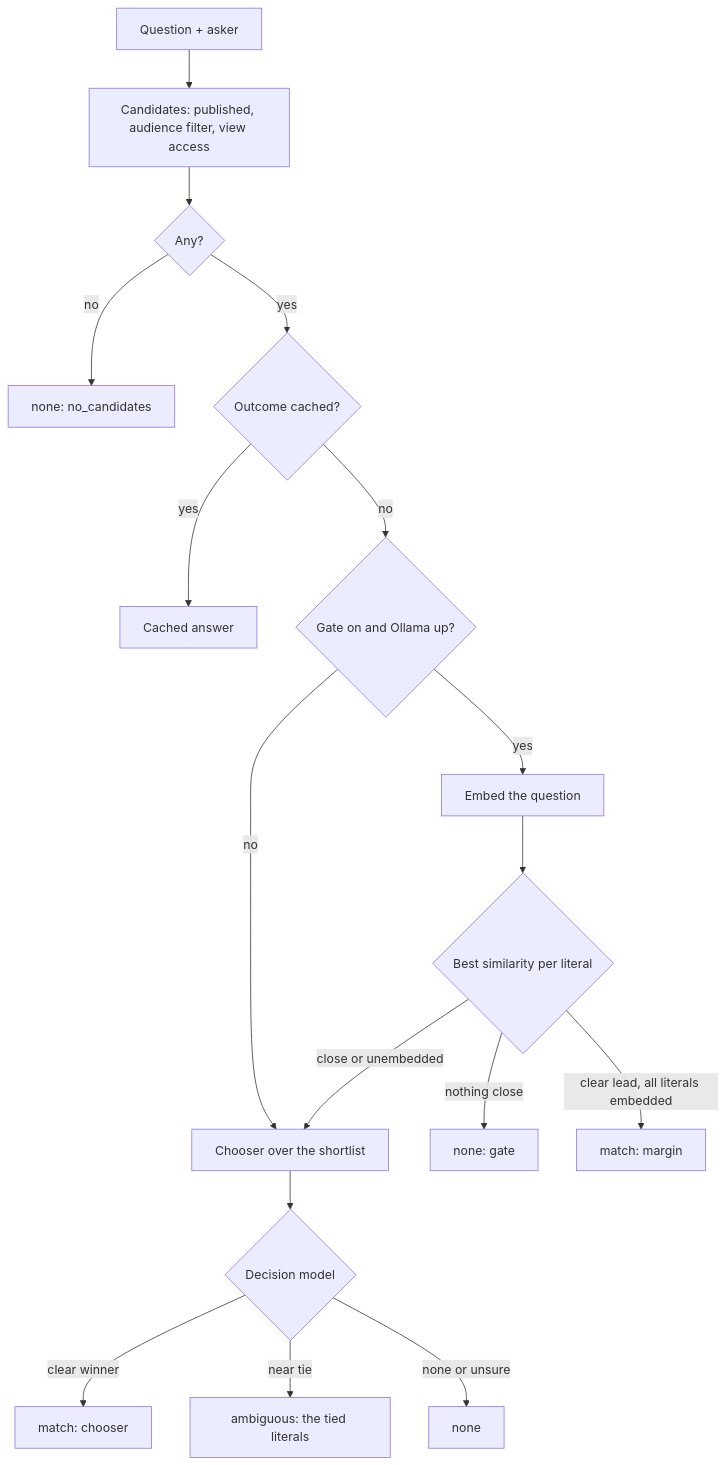
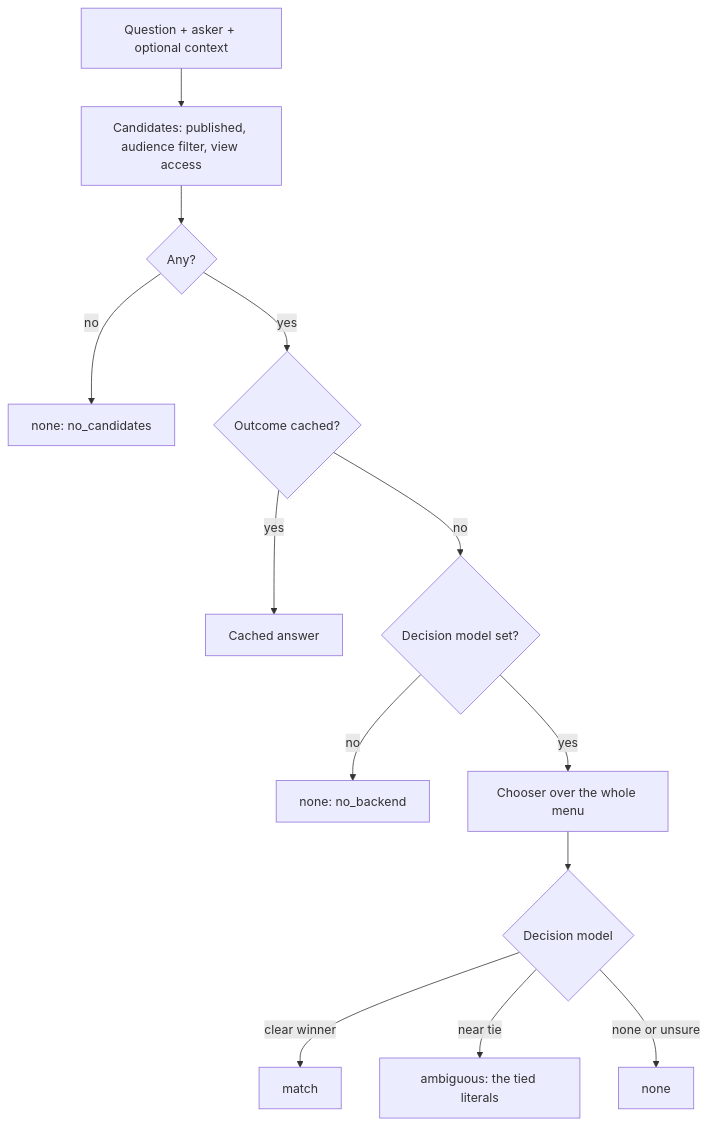
The diagram in adr/how-it-works.md (NikLP/literals), drawn with Mermaid before and after one commit. The commit also changed other lines of this file and 23 other files, not shown here.

````diff
--- a/adr/how-it-works.md
+++ b/adr/how-it-works.md
@@ -69,19 +68,15 @@
 ```mermaid
 flowchart TD
-  Q[Question + asker] --> C[Candidates: published, audience filter, view access]
+  Q[Question + asker + optional context] --> C[Candidates: published, audience filter, view access]
   C --> N{Any?}
   N -- no --> NONE1[none: no_candidates]
   N -- yes --> OC{Outcome cached?}
   OC -- yes --> R1[Cached answer]
-  OC -- no --> G{Gate on and Ollama up?}
-  G -- no --> CH
-  G -- yes --> E[Embed the question]
-  E --> S{Best similarity per literal}
-  S -- "nothing close" --> NONE2[none: gate]
-  S -- "clear lead, all literals embedded" --> M2[match: margin]
-  S -- "close or unembedded" --> CH[Chooser over the shortlist]
+  OC -- no --> D0{Decision model set?}
+  D0 -- no --> NONE0[none: no_backend]
+  D0 -- yes --> CH[Chooser over the whole menu]
   CH --> D{Decision model}
-  D -- "clear winner" --> M3[match: chooser]
+  D -- "clear winner" --> M3[match]
   D -- "near tie" --> AMB[ambiguous: the tied literals]
   D -- "none or unsure" --> NONE3[none]
 ```
````
